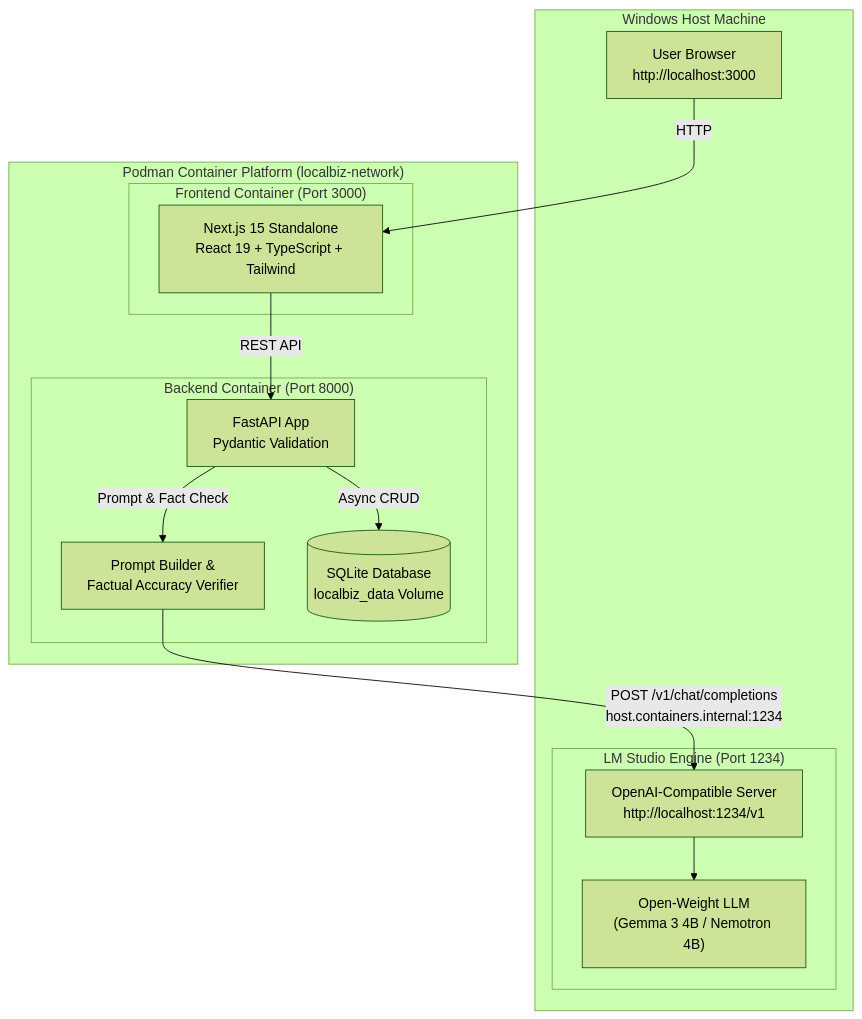
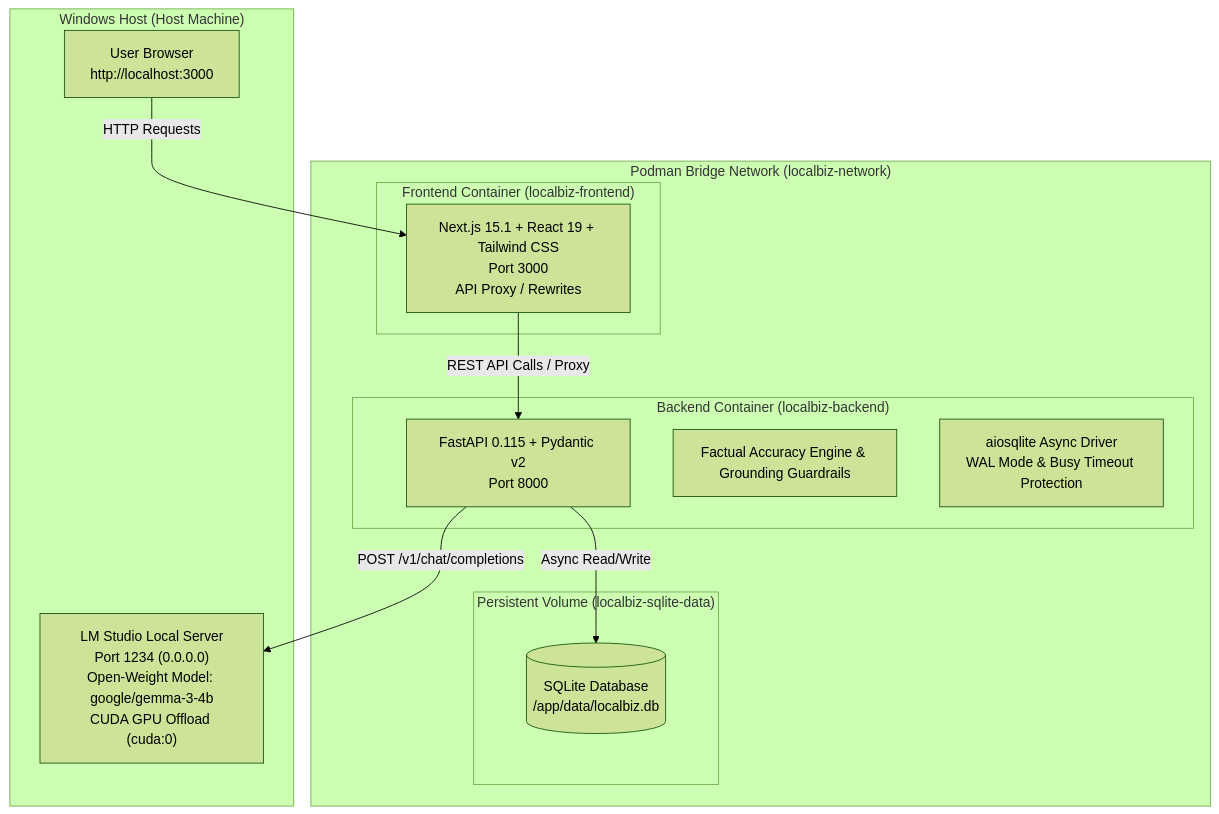
Before and after one commit to Ani0811/localbiz-ai: the diagram in README.md, drawn with Mermaid (forest theme). The commit also changed other lines of this file and 7 other files, not shown here.

````diff
--- a/README.md
+++ b/README.md
@@ -94,29 +48,28 @@
 ```mermaid
 graph TD
-    subgraph Host["Windows Host Machine"]
-        subgraph LMS["LM Studio Engine (Port 1234)"]
-            Model["Open-Weight LLM<br/>(Gemma 3 4B / Nemotron 4B)"]
-            API["OpenAI-Compatible Server<br/>http://localhost:1234/v1"]
-        end
+    subgraph Host ["Windows Host (Host Machine)"]
         Browser["User Browser<br/>http://localhost:3000"]
+        LMS["LM Studio Local Server<br/>Port 1234 (0.0.0.0)<br/>Open-Weight Model: google/gemma-3-4b<br/>CUDA GPU Offload (cuda:0)"]
     end
 
-    subgraph Podman["Podman Container Platform (localbiz-network)"]
-        subgraph Frontend["Frontend Container (Port 3000)"]
-            Next["Next.js 15 Standalone<br/>React 19 + TypeScript + Tailwind"]
+    subgraph PodmanNet ["Podman Bridge Network (localbiz-network)"]
+        subgraph FEContainer ["Frontend Container (localbiz-frontend)"]
+            NextJS["Next.js 15.1 + React 19 + Tailwind CSS<br/>Port 3000<br/>API Proxy / Rewrites"]
         end
 
-        subgraph Backend["Backend Container (Port 8000)"]
-            FastAPI["FastAPI App<br/>Pydantic Validation"]
-            Services["Prompt Builder &<br/>Factual Accuracy Verifier"]
-            SQLite[("SQLite Database<br/>localbiz_data Volume")]
+        subgraph BEContainer ["Backend Container (localbiz-backend)"]
+            FastAPI["FastAPI 0.115 + Pydantic v2<br/>Port 8000"]
+            PromptEng["Factual Accuracy Engine & Grounding Guardrails"]
+            AsyncSQLite["aiosqlite Async Driver<br/>WAL Mode & Busy Timeout Protection"]
+        end
+
+        subgraph VolumeStorage ["Persistent Volume (localbiz-sqlite-data)"]
+            DB[("SQLite Database<br/>/app/data/localbiz.db")]
         end
     end
 
-    Browser -->|HTTP| Next
-    Next -->|REST API| FastAPI
-    FastAPI -->|Async CRUD| SQLite
-    FastAPI -->|Prompt & Fact Check| Services
-    Services -->|POST /v1/chat/completions<br/>host.containers.internal:1234| API
-    API --> Model
+    Browser -->|HTTP Requests| NextJS
+    NextJS -->|REST API Calls / Proxy| FastAPI
+    FastAPI -->|Async Read/Write| DB
+    FastAPI -->|POST /v1/chat/completions| LMS
 ```
````
